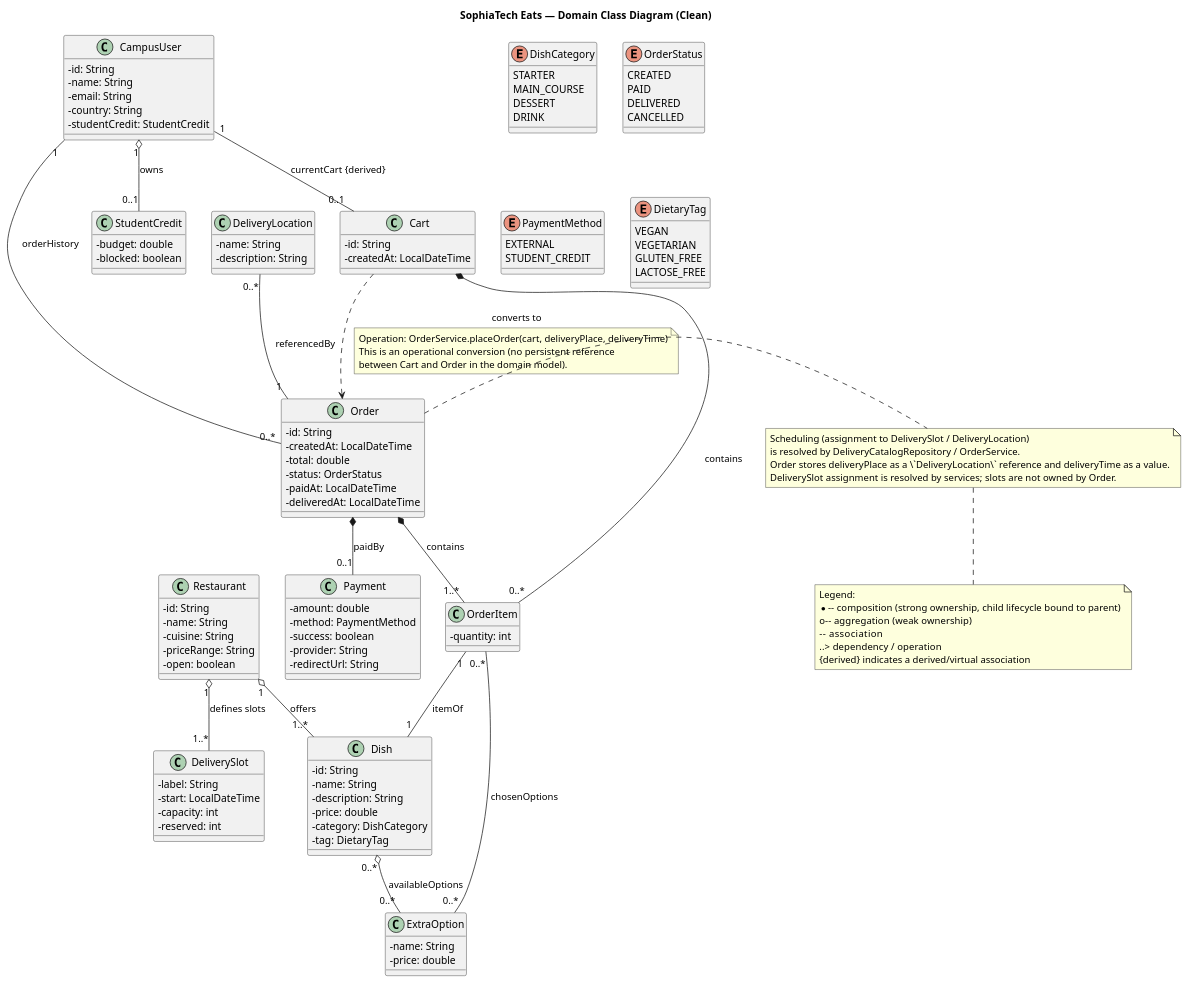
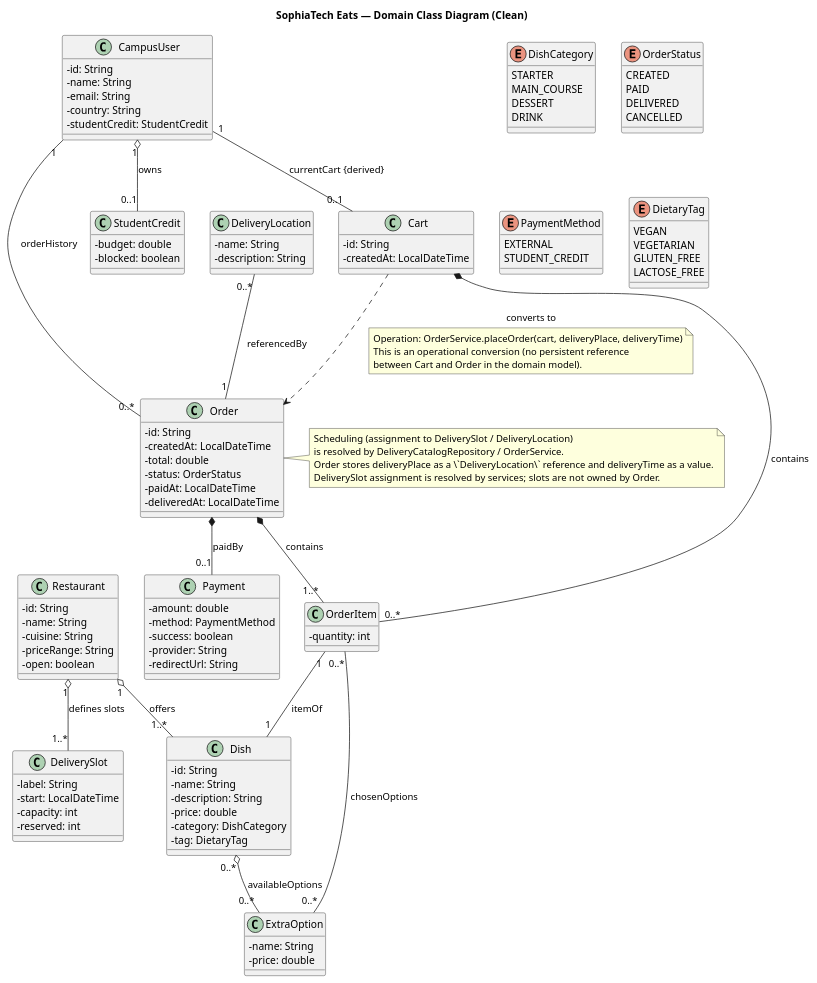
The diagram in diagramsA2/CleanClassDiagram.puml (StefanB07/SophiaEats), drawn with PlantUML before and after one commit. The commit also changed 2 other files, not shown here.

```diff
--- a/diagramsA2/CleanClassDiagram.puml
+++ b/diagramsA2/CleanClassDiagram.puml
@@ -1,144 +1,137 @@
 @startuml
 title SophiaTech Eats — Domain Class Diagram (Clean)
 
 skinparam classAttributeIconSize 0
 
 ' ==== Enums ====
 enum DishCategory {
 STARTER
 MAIN_COURSE
 DESSERT
 DRINK
 }
 enum OrderStatus {
 CREATED
 PAID
 DELIVERED
 CANCELLED
 }
 enum PaymentMethod {
 EXTERNAL
 STUDENT_CREDIT
 }
 enum DietaryTag {
 VEGAN
 VEGETARIAN
 GLUTEN_FREE
 LACTOSE_FREE
 }
 
 ' ==== Core domain only essential attributes ====
 class CampusUser {
   - id: String
   - name: String
   - email: String
   - country: String
   - studentCredit: StudentCredit
 }
 class StudentCredit {
  - budget: double
  - blocked: boolean
 }
 
 class Cart {
 - id: String
 - createdAt: LocalDateTime
 }
 
 class Order {
   - id: String
   - createdAt: LocalDateTime
   - total: double
   - status: OrderStatus
   - paidAt: LocalDateTime
   - deliveredAt: LocalDateTime
 }
 
 class OrderItem {
 - quantity: int
 }
 
 class Payment {
   - amount: double
   - method: PaymentMethod
   - success: boolean
   - provider: String
   - redirectUrl: String
 }
 
 class Restaurant {
   - id: String
   - name: String
   - cuisine: String
   - priceRange: String
   - open: boolean
 }
 
 class DeliverySlot {
   - label: String
   - start: LocalDateTime
   - capacity: int
   - reserved: int
 }
 
 class DeliveryLocation {
 - name: String
 - description: String
 }
 
 class Dish {
   - id: String
   - name: String
   - description: String
   - price: double
   - category: DishCategory
   - tag: DietaryTag
 }
 class ExtraOption {
 - name: String
 - price: double
 }
 
 CampusUser "1" o-- "0..1" StudentCredit : owns
 CampusUser "1" -- "0..*" Order : orderHistory
 CampusUser "1" -- "0..1" Cart : currentCart {derived}
 
 Cart *-- "0..*" OrderItem : contains
 Cart ..> Order : converts to
 
 note on link
   Operation: OrderService.placeOrder(cart, deliveryPlace, deliveryTime)
   This is an operational conversion (no persistent reference
   between Cart and Order in the domain model).
 end note
 
 Order *-- "1..*" OrderItem : contains
 Order *-- "0..1" Payment : paidBy
 
 DeliveryLocation "0..*" -- "1" Order : referencedBy
 
 OrderItem "1" -- "1" Dish : itemOf
 OrderItem "0..*" -- "0..*" ExtraOption : chosenOptions
 
 Restaurant "1" o-- "1..*" DeliverySlot : defines slots
 Restaurant "1" o-- "1..*" Dish : offers
 
 Dish "0..*" o-- "0..*" ExtraOption : availableOptions
 
 note right of Order
   Scheduling (assignment to DeliverySlot / DeliveryLocation)
   is resolved by DeliveryCatalogRepository / OrderService.
   Order stores deliveryPlace as a \`DeliveryLocation\` reference and deliveryTime as a value.
   DeliverySlot assignment is resolved by services; slots are not owned by Order.
 end note
 
-note bottom
-  Legend:
-  *--  composition (strong ownership, child lifecycle bound to parent)
-  o--  aggregation (weak ownership)
-  --   association
-  ..>  dependency / operation
-  {derived} indicates a derived/virtual association
-end note
+
 
 @enduml
```
